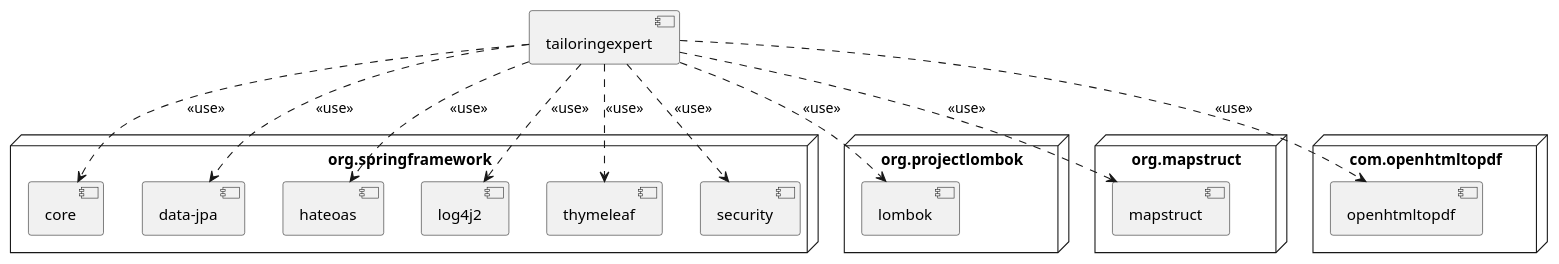
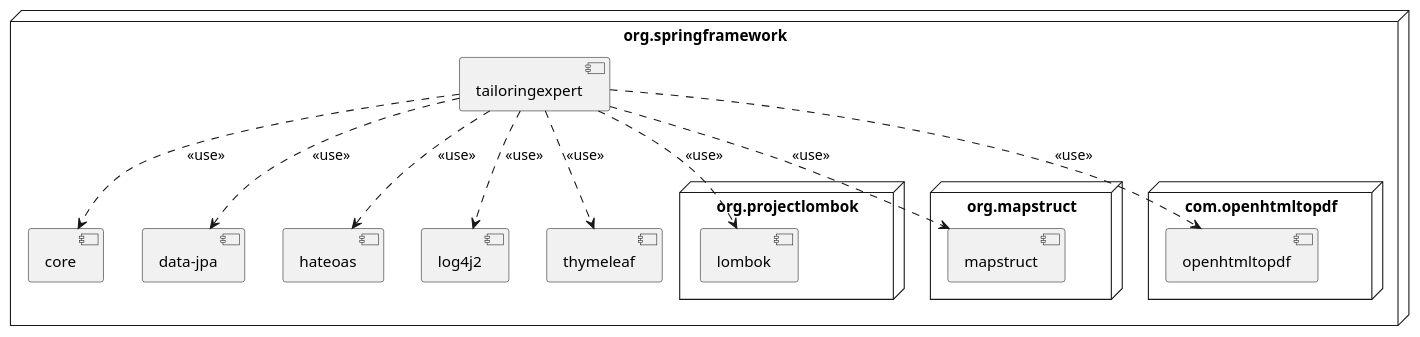
The diagram in src/site/arc42/plantuml/level0.plantuml (tailoringexpert/platform), drawn with PlantUML before and after one commit. The commit also changed 45 other files, not shown here.

```diff
--- a/src/site/arc42/plantuml/level0.plantuml
+++ b/src/site/arc42/plantuml/level0.plantuml
@@ -1,37 +1,35 @@
 @startuml level0.png
 skinparam componentStyle uml2
 
 node "org.springframework" {
   component [core]
   component [data-jpa]
   component [hateoas]
   component [log4j2]
   component [thymeleaf]
-  component [security]
-}
+
 
 node "org.projectlombok" {
     component [lombok]
 }
 
 node "org.mapstruct" {
     component [mapstruct]
 }
 
 node "com.openhtmltopdf" {
     component [openhtmltopdf]
 }
 
 
 
 component [tailoringexpert]
 [tailoringexpert] ..> [core] : <<use>>
 [tailoringexpert] ..> [data-jpa] : <<use>>
 [tailoringexpert] ..> [hateoas] : <<use>>
 [tailoringexpert] ..> [log4j2] : <<use>>
 [tailoringexpert] ..> [thymeleaf] : <<use>>
-[tailoringexpert] ..> [security] : <<use>>
 [tailoringexpert] ..> [openhtmltopdf] : <<use>>
 [tailoringexpert] ..> [lombok] : <<use>>
 [tailoringexpert] ..> [mapstruct] : <<use>>
 @enduml
```
